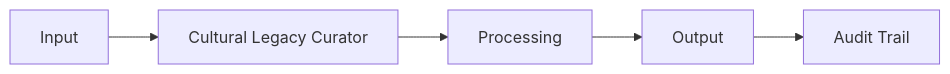
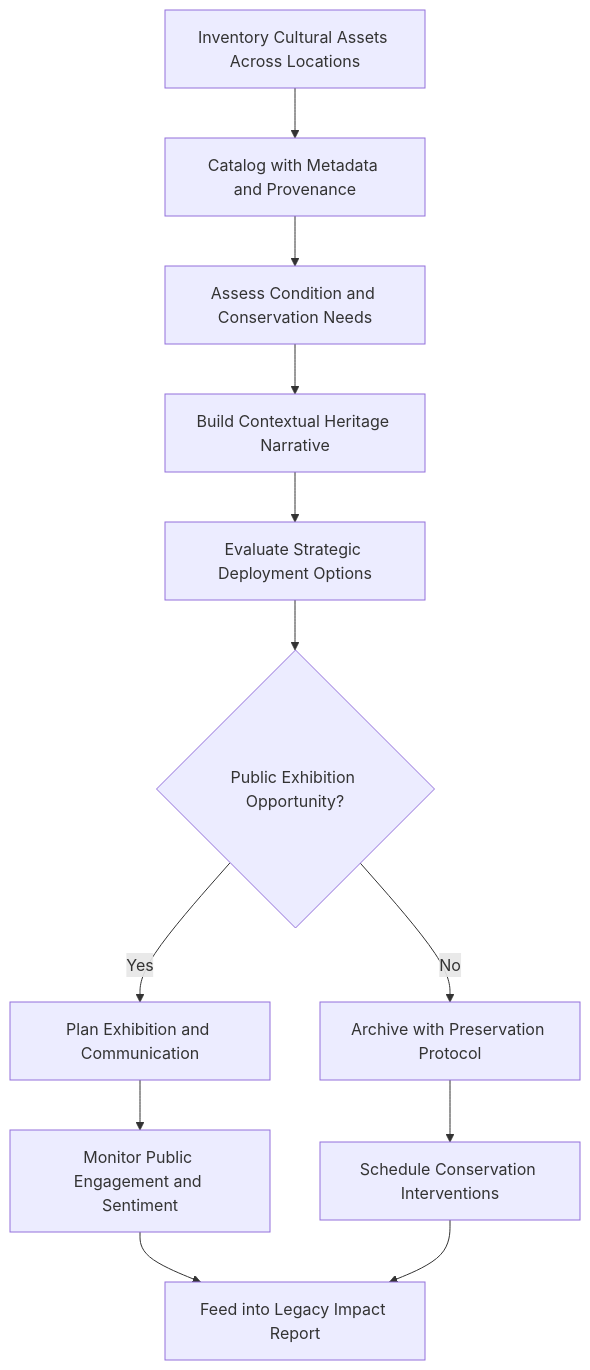
The diagram in docs/audiences/05-dynasties/cultural-legacy-curator.mdx (andrew-leo-2024/marketplace-docs), drawn with Mermaid before and after one commit. The commit also changed other lines of this file and 401 other files, not shown here.

````diff
--- a/docs/audiences/05-dynasties/cultural-legacy-curator.mdx
+++ b/docs/audiences/05-dynasties/cultural-legacy-curator.mdx
@@ -29,7 +35,14 @@
 ```mermaid
-graph LR
-    A[Input] --> B[Cultural Legacy Curator]
-    B --> C[Processing]
-    C --> D[Output]
-    D --> E[Audit Trail]
+graph TD
+    A[Inventory Cultural Assets Across Locations] --> B[Catalog with Metadata and Provenance]
+    B --> C[Assess Condition and Conservation Needs]
+    C --> D[Build Contextual Heritage Narrative]
+    D --> E[Evaluate Strategic Deployment Options]
+    E --> F{Public Exhibition Opportunity?}
+    F -->|Yes| G[Plan Exhibition and Communication]
+    F -->|No| H[Archive with Preservation Protocol]
+    G --> I[Monitor Public Engagement and Sentiment]
+    H --> J[Schedule Conservation Interventions]
+    I --> K[Feed into Legacy Impact Report]
+    J --> K
 ```
````
